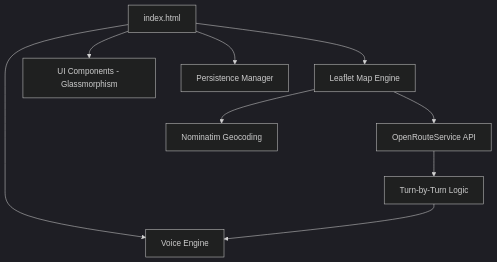
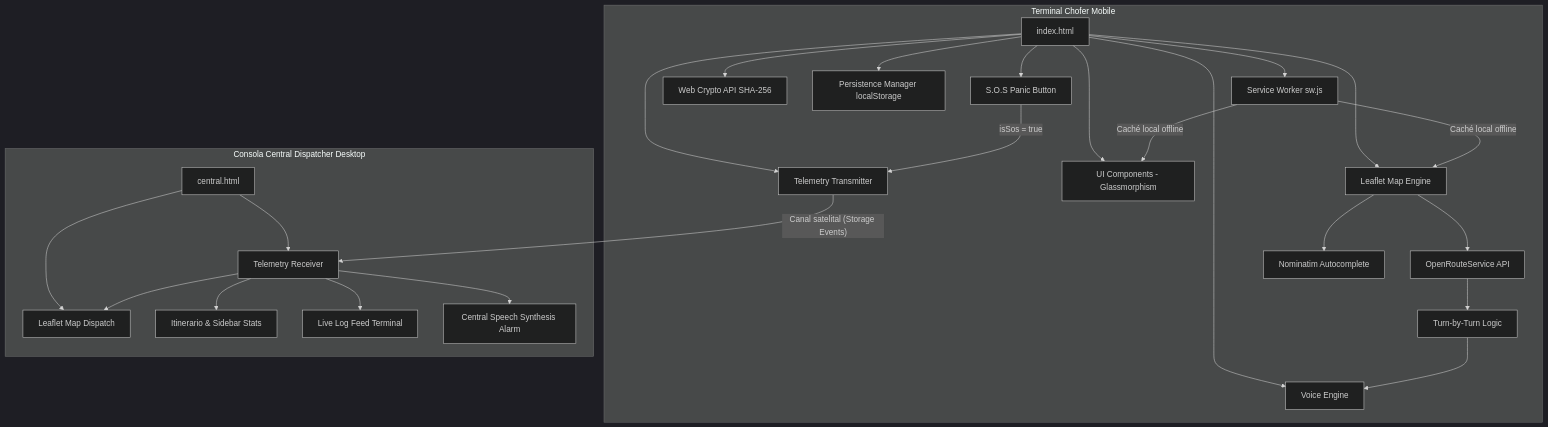
One commit to JuanMatiasGuarnieri/correoService changed the diagram in web-app/README.md. Above: the diagram before and after it, drawn with Mermaid (dark theme). The commit also changed other lines of this file and 7 other files, not shown here.

````diff
--- a/web-app/README.md
+++ b/web-app/README.md
@@ -95,11 +117,31 @@
 ```mermaid
 graph TD
-    A[index.html] --> B[Leaflet Map Engine]
-    A --> C[UI Components - Glassmorphism]
-    B --> D[OpenRouteService API]
-    B --> E[Nominatim Geocoding]
-    A --> F[Voice Engine]
-    A --> G[Persistence Manager]
-    D --> H[Turn-by-Turn Logic]
-    H --> F
+    subgraph Terminal Chofer Mobile
+        A[index.html] --> B[Leaflet Map Engine]
+        A --> C[UI Components - Glassmorphism]
+        A --> SW[Service Worker sw.js]
+        SW --> |Caché local offline| B
+        SW --> |Caché local offline| C
+        A --> CRY[Web Crypto API SHA-256]
+        B --> D[OpenRouteService API]
+        B --> E[Nominatim Autocomplete]
+        A --> F[Voice Engine]
+        A --> G[Persistence Manager localStorage]
+        D --> H[Turn-by-Turn Logic]
+        H --> F
+        A --> SOS[S.O.S Panic Button]
+        A --> TEL[Telemetry Transmitter]
+        SOS --> |"isSos = true"| TEL
+    end
+    
+    TEL --> |"Canal satelital (Storage Events)"| TEL_R
+    
+    subgraph Consola Central Dispatcher Desktop
+        C_HTML[central.html] --> C_MAP[Leaflet Map Dispatch]
+        C_HTML --> TEL_R[Telemetry Receiver]
+        TEL_R --> C_MAP
+        TEL_R --> C_UI[Itinerario & Sidebar Stats]
+        TEL_R --> C_LOG[Live Log Feed Terminal]
+        TEL_R --> C_VOX[Central Speech Synthesis Alarm]
+    end
 ```
````
